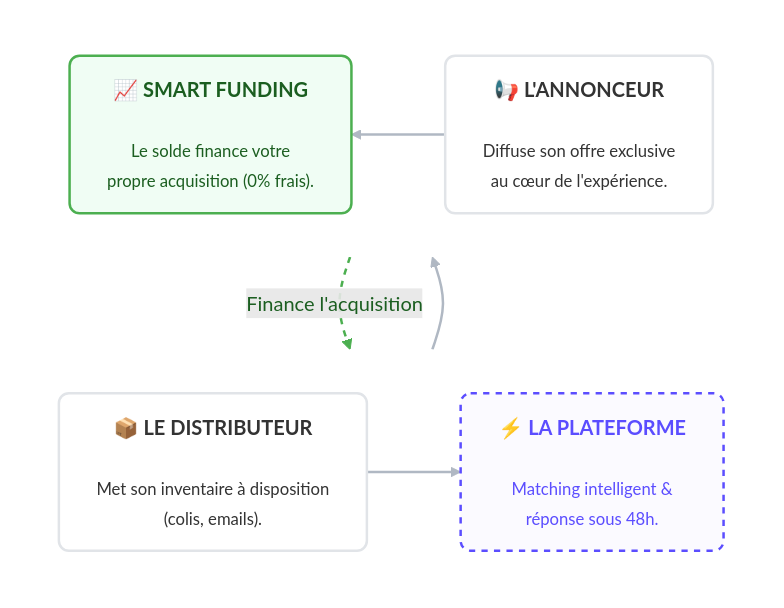
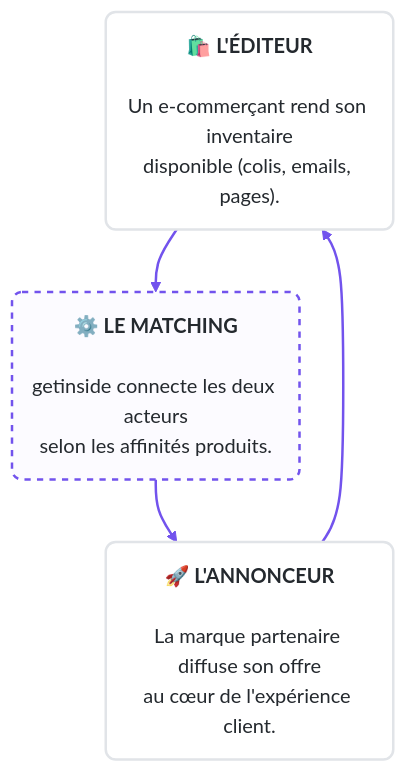
The diagram in docs/fr/start-here/why-it-works.md (getinside-ops/handbook), drawn with Mermaid before and after one commit.

Commit message:
update content

````diff
--- a/docs/fr/start-here/why-it-works.md
+++ b/docs/fr/start-here/why-it-works.md
@@ -17,27 +17,21 @@
 ```mermaid
 flowchart TD
-    classDef defaultCard fill:#ffffff,stroke:#e1e4e8,stroke-width:2px,color:#333,rx:8,ry:8;
-    classDef techCard fill:#fbfaff,stroke:#5B4DFF,stroke-width:2px,stroke-dasharray: 5 5,color:#5B4DFF,rx:8,ry:8;
-    classDef growthCard fill:#f0fdf4,stroke:#4CAF50,stroke-width:2px,color:#1b5e20,rx:8,ry:8;
-    Node_Distri["📦 <b>LE DISTRIBUTEUR</b><br/><br/><small>Met son inventaire à disposition<br/>(colis, emails).</small>"]
-    Node_Plat["⚡ <b>LA PLATEFORME</b><br/><br/><small>Matching intelligent &<br/>réponse sous 48h.</small>"]
-    Node_Adv["📢 <b>L'ANNONCEUR</b><br/><br/><small>Diffuse son offre exclusive<br/>au cœur de l'expérience.</small>"]
-    Node_Fund["📈 <b>SMART FUNDING</b><br/><br/><small>Le solde finance votre<br/>propre acquisition (0% frais).</small>"]
-    subgraph Row1 [ ]
-        direction LR
-        Node_Distri --> Node_Plat
-    end
-    subgraph Row2 [ ]
-        direction RL
-        Node_Adv --> Node_Fund
-    end
-    Node_Plat --> Node_Adv
-    Node_Fund -->|Finance l'acquisition| Node_Distri
-    class Node_Distri,Node_Adv defaultCard;
-    class Node_Plat techCard;
-    class Node_Fund growthCard;
-    linkStyle 0,1,2 stroke:#b0b8c3,stroke-width:2px,fill:none;
-    linkStyle 3 stroke:#4CAF50,stroke-width:2px,stroke-dasharray: 5 5,color:#1b5e20,fill:none;
-    style Row1 fill:#ffffff,stroke:none
-    style Row2 fill:#ffffff,stroke:none
+    %% Définition des nœuds
+    A("<b>🛍️ L'ÉDITEUR</b><br/><br/>Un e-commerçant rend son inventaire<br/>disponible (colis, emails, pages).")
+    B("<b>⚙️ LE MATCHING</b><br/><br/>getinside connecte les deux acteurs<br/>selon les affinités produits.")
+    C("<b>🚀 L'ANNONCEUR</b><br/><br/>La marque partenaire diffuse son offre<br/>au cœur de l'expérience client.")
+
+    %% Connexions
+    A --> B
+    B --> C
+    C --> A
+
+    %% Styles
+    classDef default fill:#fff,stroke:#e1e4e8,stroke-width:2px,rx:8,ry:8,color:#24292e;
+    classDef matchingNode fill:#fcfbff,stroke:#7253ed,stroke-width:2px,stroke-dasharray: 5 5,rx:8,ry:8,color:#24292e;
+
+    class A,C default;
+    class B matchingNode;
+
+    linkStyle 0,1,2 stroke:#7253ed,stroke-width:2px,fill:none;
 ```
````
